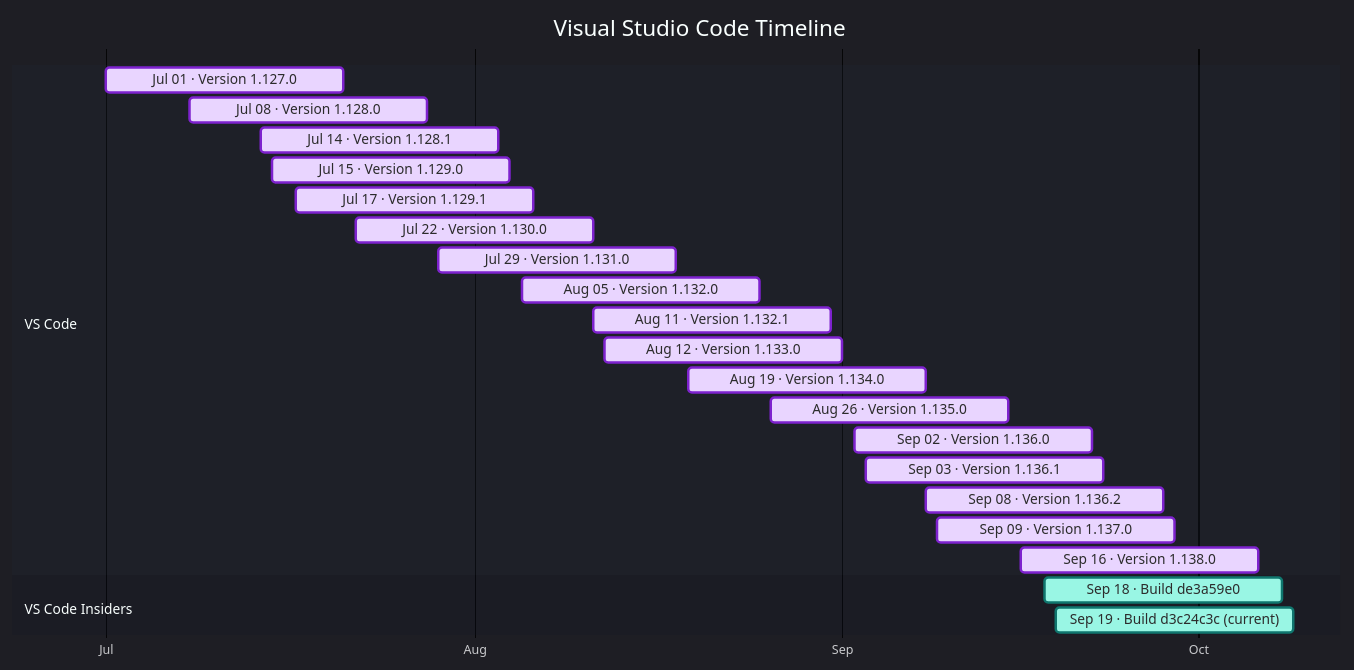
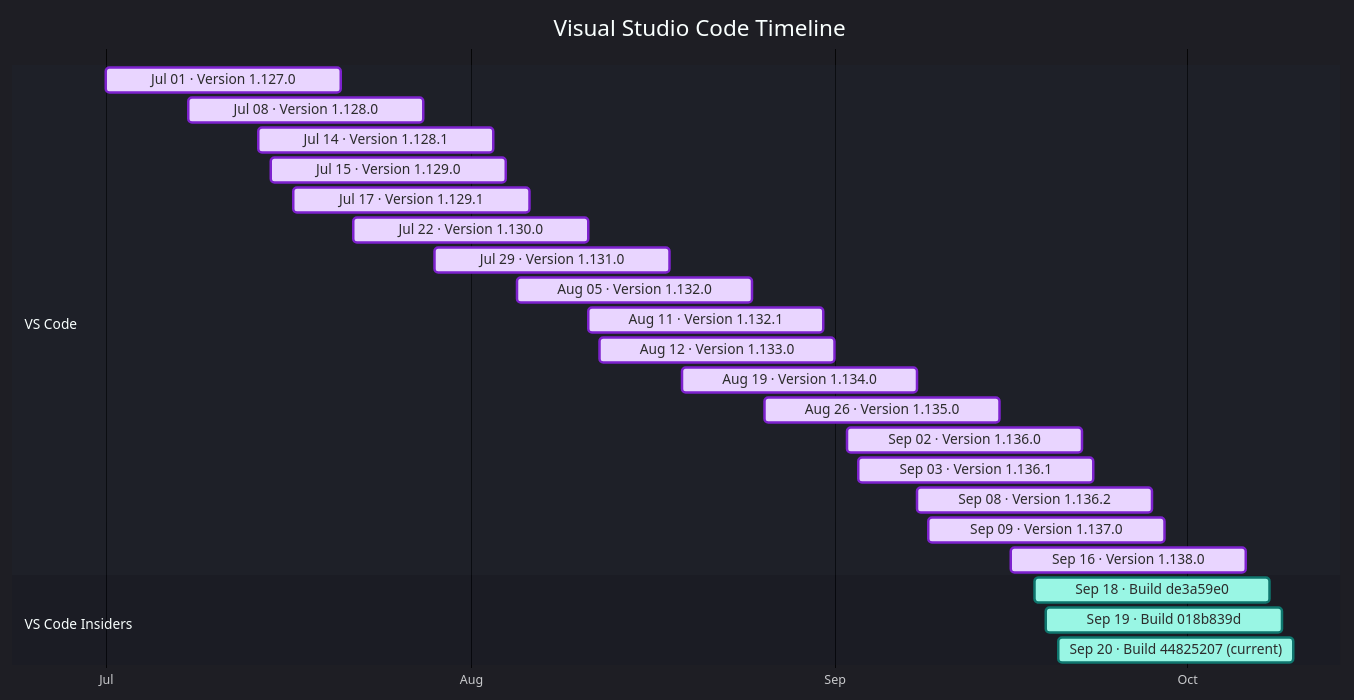
The diagram in docs/vscode.md (Oxelya-DevTools/VisualStudioUpdate), drawn with Mermaid before and after one commit. The commit also changed other lines of this file and 1 other file, not shown here.

````diff
--- a/docs/vscode.md
+++ b/docs/vscode.md
@@ -9,29 +9,30 @@
 ```mermaid
 %%{init: {'theme':'dark','themeVariables': { 'fontFamily': 'Segoe UI', 'fontSize': '24px', 'textColor': '#F3F4F6', 'titleTextColor': '#FFFFFF', 'taskTextColor': '#111827', 'taskTextLightColor': '#111827', 'taskTextOutsideColor': '#F3F4F6', 'taskBkgColor': '#BAE6FD', 'taskBorderColor': '#0369A1', 'doneTaskBkgColor': '#E9D5FF', 'doneTaskBorderColor': '#7E22CE', 'activeTaskBkgColor': '#99F6E4', 'activeTaskBorderColor': '#0F766E', 'critTaskBkgColor': '#FED7AA', 'critTaskBorderColor': '#C2410C', 'sectionBkgColor': '#1F2937', 'altSectionBkgColor': '#111827', 'gridColor': '#4B5563', 'todayLineColor': '#F87171' }}}%%
 gantt
     title Visual Studio Code Timeline
     dateFormat  YYYY-MM-DD
     axisFormat  %b
     tickInterval 1month
     section VS Code
     Jul 01 · Version 1.127.0 : done, vscode202607010, 2026-07-01, 20d
     Jul 08 · Version 1.128.0 : done, vscode202607081, 2026-07-08, 20d
     Jul 14 · Version 1.128.1 : done, vscode202607142, 2026-07-14, 20d
     Jul 15 · Version 1.129.0 : done, vscode202607153, 2026-07-15, 20d
     Jul 17 · Version 1.129.1 : done, vscode202607174, 2026-07-17, 20d
     Jul 22 · Version 1.130.0 : done, vscode202607225, 2026-07-22, 20d
     Jul 29 · Version 1.131.0 : done, vscode202607296, 2026-07-29, 20d
     Aug 05 · Version 1.132.0 : done, vscode202608057, 2026-08-05, 20d
     Aug 11 · Version 1.132.1 : done, vscode202608118, 2026-08-11, 20d
     Aug 12 · Version 1.133.0 : done, vscode202608129, 2026-08-12, 20d
     Aug 19 · Version 1.134.0 : done, vscode2026081910, 2026-08-19, 20d
     Aug 26 · Version 1.135.0 : done, vscode2026082611, 2026-08-26, 20d
     Sep 02 · Version 1.136.0 : done, vscode2026090212, 2026-09-02, 20d
     Sep 03 · Version 1.136.1 : done, vscode2026090313, 2026-09-03, 20d
     Sep 08 · Version 1.136.2 : done, vscode2026090814, 2026-09-08, 20d
     Sep 09 · Version 1.137.0 : done, vscode2026090915, 2026-09-09, 20d
     Sep 16 · Version 1.138.0 : done, vscode2026091616, 2026-09-16, 20d
     section VS Code Insiders
     Sep 18 · Build de3a59e0 : active, vscodeinsiders202609180, 2026-09-18, 20d
-    Sep 19 · Build d3c24c3c (current) : active, vscodeinsiders202609191, 2026-09-19, 20d
+    Sep 19 · Build 018b839d : active, vscodeinsiders202609191, 2026-09-19, 20d
+    Sep 20 · Build 44825207 (current) : active, vscodeinsiders202609202, 2026-09-20, 20d
 ```
````
